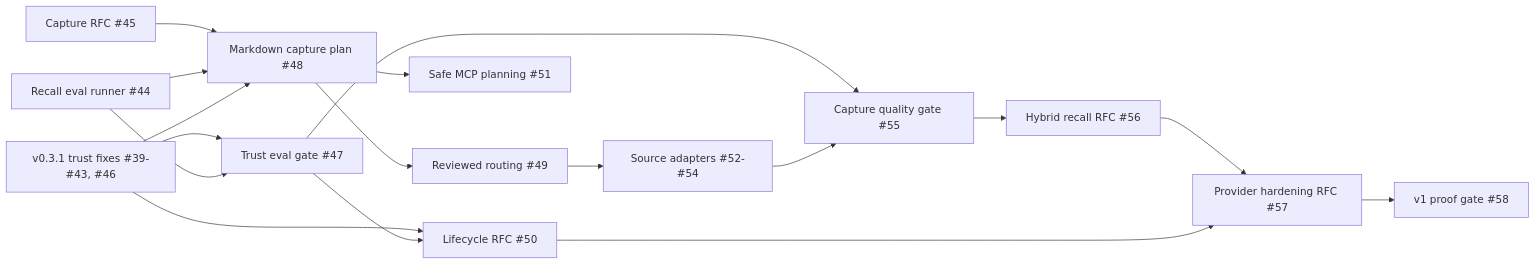
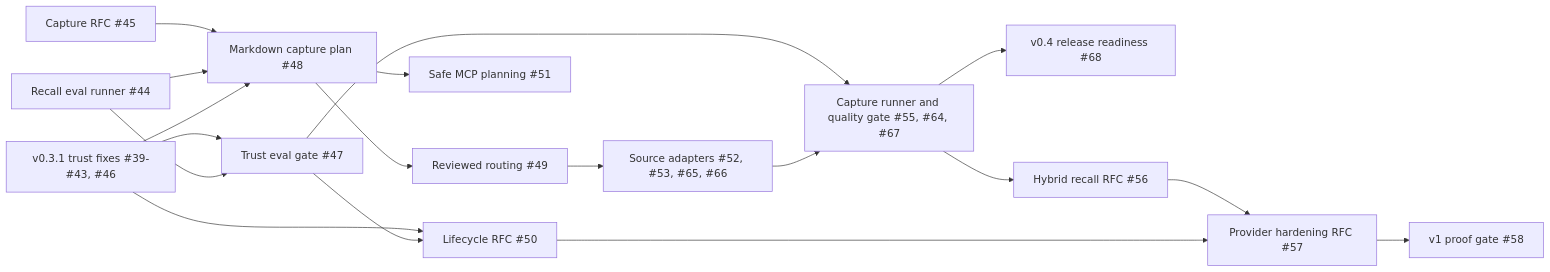
Before and after one commit to Zokiio/Memzoi: the diagram in docs/roadmap.md, drawn with Mermaid. The commit also changed other lines of this file and 60 other files, not shown here.

First line of the commit message:
Implement v0.4 capture adapters and evaluation (#69)

````diff
--- a/docs/roadmap.md
+++ b/docs/roadmap.md
@@ -155,19 +164,20 @@
 ```mermaid
 flowchart LR
     trust["v0.3.1 trust fixes #39-#43, #46"] --> trusteval["Trust eval gate #47"]
     eval["Recall eval runner #44"] --> trusteval
     capturedecision["Capture RFC #45"] --> plan["Markdown capture plan #48"]
     eval --> plan
     trust --> plan
     plan --> apply["Reviewed routing #49"]
-    apply --> sources["Source adapters #52-#54"]
+    apply --> sources["Source adapters #52, #53, #65, #66"]
     plan --> mcp["Safe MCP planning #51"]
-    trusteval --> captureeval["Capture quality gate #55"]
+    trusteval --> captureeval["Capture runner and quality gate #55, #64, #67"]
     sources --> captureeval
+    captureeval --> release["v0.4 release readiness #68"]
     captureeval --> hybrid["Hybrid recall RFC #56"]
     trust --> lifecycle["Lifecycle RFC #50"]
     trusteval --> lifecycle
     hybrid --> hardening["Provider hardening RFC #57"]
     lifecycle --> hardening
     hardening --> v1["v1 proof gate #58"]
 ```
````
